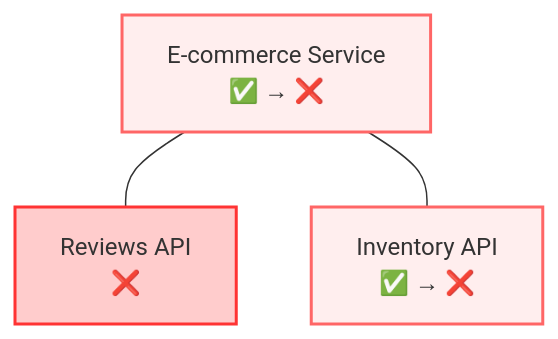
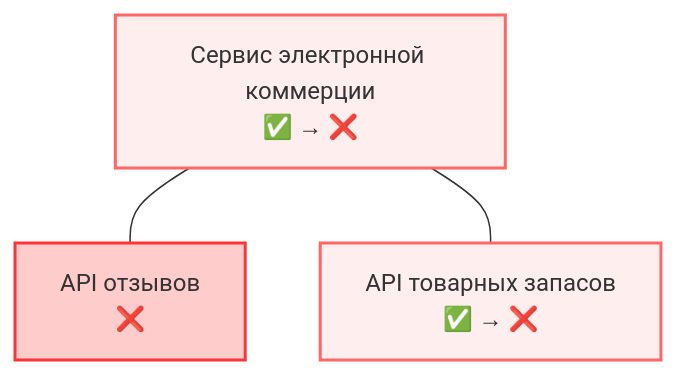
Before and after one commit to razkevich/system_design_course: the second of 8 diagrams in 6_fault_tolerance/circuit_breakers_ru.md, drawn with Mermaid. The commit also changed other lines of this file and 7 other files, not shown here.

````diff
--- a/6_fault_tolerance/circuit_breakers_ru.md
+++ b/6_fault_tolerance/circuit_breakers_ru.md
@@ -33,9 +33,9 @@
 ```mermaid
 graph TD
-E[E-commerce Service<br/>✅ → ❌] --- R[Reviews API<br/>❌]
-E --- I[Inventory API<br/>✅ → ❌]
+E[Сервис электронной коммерции<br/>✅ → ❌] --- R[API отзывов<br/>❌]
+E --- I[API товарных запасов<br/>✅ → ❌]
 
 style E fill:#ffeeee,stroke:#ff6666,stroke-width:2px
 style R fill:#ffcccc,stroke:#ff3333,stroke-width:2px
 style I fill:#ffeeee,stroke:#ff6666,stroke-width:2px
 ```
````
